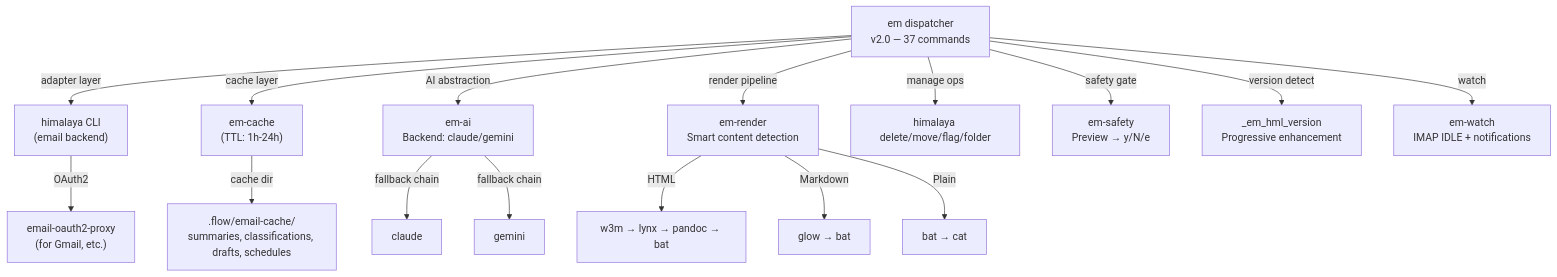
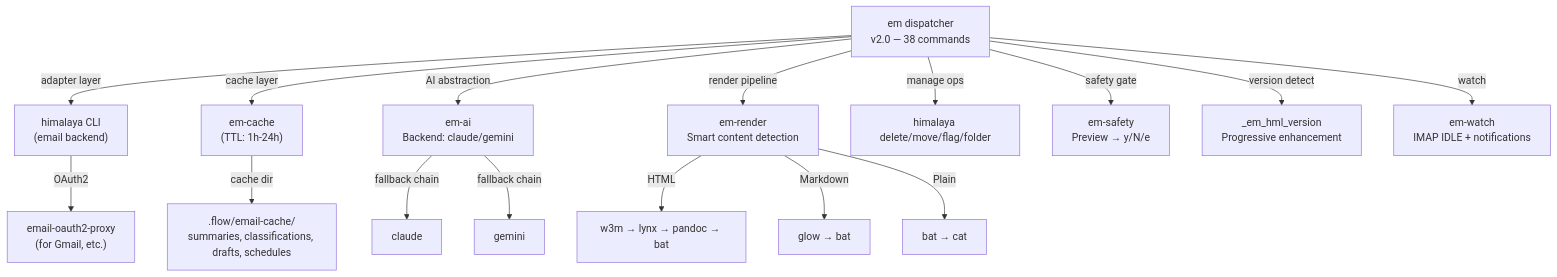
Before and after one commit to Data-Wise/flow-cli: the second of 2 diagrams in docs/reference/REFCARD-EMAIL-DISPATCHER.md, drawn with Mermaid. The commit also changed 3 other files, not shown here.

First line of the commit message:
docs: sync site for em forward/--prompt/--backend (38 commands)

````diff
--- a/docs/reference/REFCARD-EMAIL-DISPATCHER.md
+++ b/docs/reference/REFCARD-EMAIL-DISPATCHER.md
@@ -141,18 +141,18 @@
 ```mermaid
 graph TD
-    A["em dispatcher<br/>v2.0 — 37 commands"] -->|adapter layer| B["himalaya CLI<br/>(email backend)"]
+    A["em dispatcher<br/>v2.0 — 38 commands"] -->|adapter layer| B["himalaya CLI<br/>(email backend)"]
     A -->|cache layer| C["em-cache<br/>(TTL: 1h-24h)"]
     A -->|AI abstraction| D["em-ai<br/>Backend: claude/gemini"]
     A -->|render pipeline| E["em-render<br/>Smart content detection"]
     A -->|manage ops| F["himalaya delete/move/flag/folder"]
     A -->|safety gate| G["em-safety<br/>Preview → y/N/e"]
     A -->|version detect| H["_em_hml_version<br/>Progressive enhancement"]
     A -->|watch| I["em-watch<br/>IMAP IDLE + notifications"]
     D -->|fallback chain| D1["claude"]
     D -->|fallback chain| D2["gemini"]
     E -->|HTML| E1["w3m → lynx → pandoc → bat"]
     E -->|Markdown| E2["glow → bat"]
     E -->|Plain| E3["bat → cat"]
     B -->|OAuth2| B1["email-oauth2-proxy<br/>(for Gmail, etc.)"]
     C -->|cache dir| C1[".flow/email-cache/<br/>summaries, classifications, drafts, schedules"]
 ```
````
